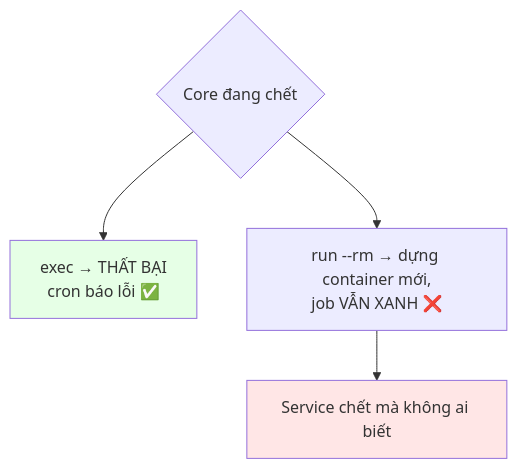
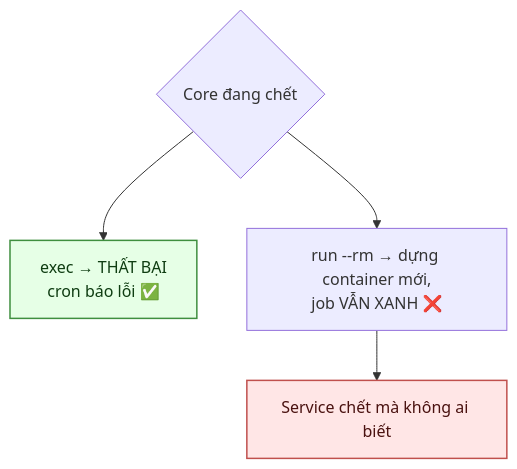
Before and after one commit to fdshn/trueheart: the seventh of 7 diagrams in docs/diagram/17-jobs.md, drawn with Mermaid. The commit also changed other lines of this file and 30 other files, not shown here.

First line of the commit message:
docs(diagram): chữ trong khối tô màu đọc được ở cả giao diện sáng và tối

````diff
--- a/docs/diagram/17-jobs.md
+++ b/docs/diagram/17-jobs.md
@@ -157,9 +157,9 @@
 ```mermaid
 flowchart TD
     A{Core đang chết} --> B["exec → THẤT BẠI<br/>cron báo lỗi ✅"]
     A --> C["run --rm → dựng container mới,<br/>job VẪN XANH ❌"]
     C --> D["Service chết mà không ai biết"]
 
-    style B fill:#e6ffe6
-    style D fill:#ffe6e6
+    style B fill:#e6ffe6,stroke:#3f8f3f,stroke-width:1.5px,color:#0f3d12
+    style D fill:#ffe6e6,stroke:#c0504d,stroke-width:1.5px,color:#4a1210
 ```
````
